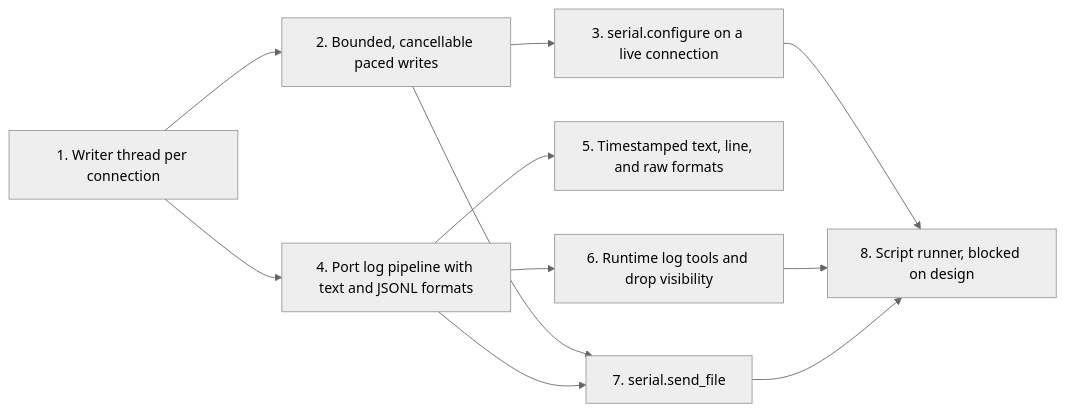
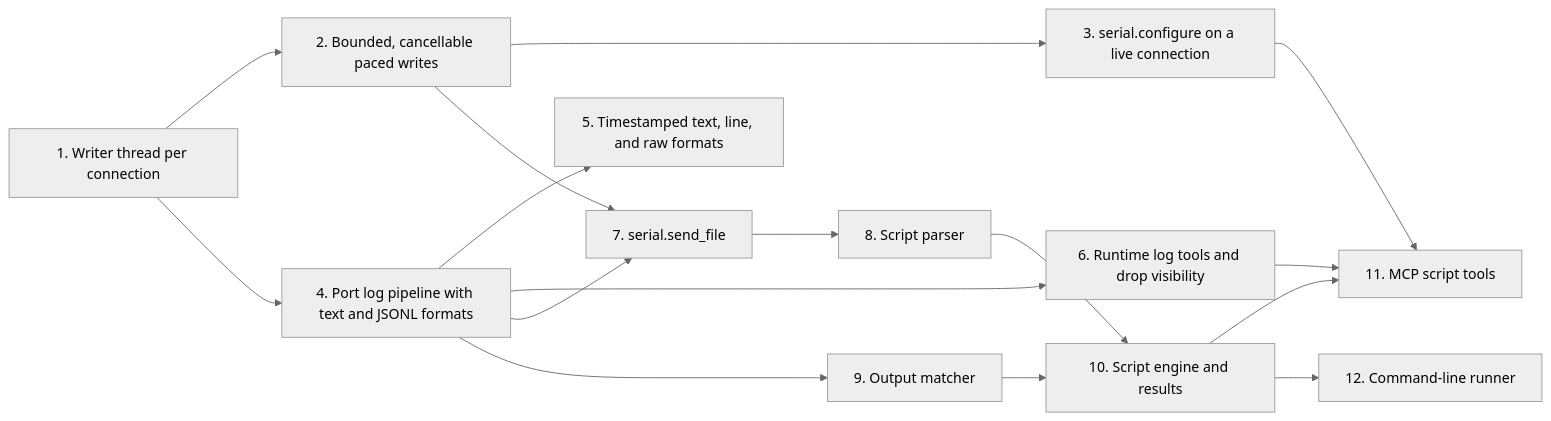
Before and after one commit to jonatsu/serial-mcp-server: the first of 2 diagrams in docs/plans/pacing-logging-scripts-implementation-plan.md, drawn with Mermaid (neutral theme). The commit also changed other lines of this file and 1 other file, not shown here.

First line of the commit message:
docs(plans): design the script runner and plan its units

````diff
--- a/docs/plans/pacing-logging-scripts-implementation-plan.md
+++ b/docs/plans/pacing-logging-scripts-implementation-plan.md
@@ -21,13 +22,18 @@
 ```mermaid
 flowchart LR
     U1[1. Writer thread per connection] --> U2[2. Bounded, cancellable paced writes]
     U2 --> U3[3. serial.configure on a live connection]
     U1 --> U4[4. Port log pipeline with text and JSONL formats]
     U4 --> U5[5. Timestamped text, line, and raw formats]
     U4 --> U6[6. Runtime log tools and drop visibility]
     U2 --> U7[7. serial.send_file]
     U4 --> U7
-    U3 --> U8[8. Script runner, blocked on design]
-    U6 --> U8
-    U7 --> U8
+    U7 --> U8[8. Script parser]
+    U4 --> U9[9. Output matcher]
+    U8 --> U10[10. Script engine and results]
+    U9 --> U10
+    U10 --> U11[11. MCP script tools]
+    U6 --> U11
+    U3 --> U11
+    U10 --> U12[12. Command-line runner]
 ```
````
